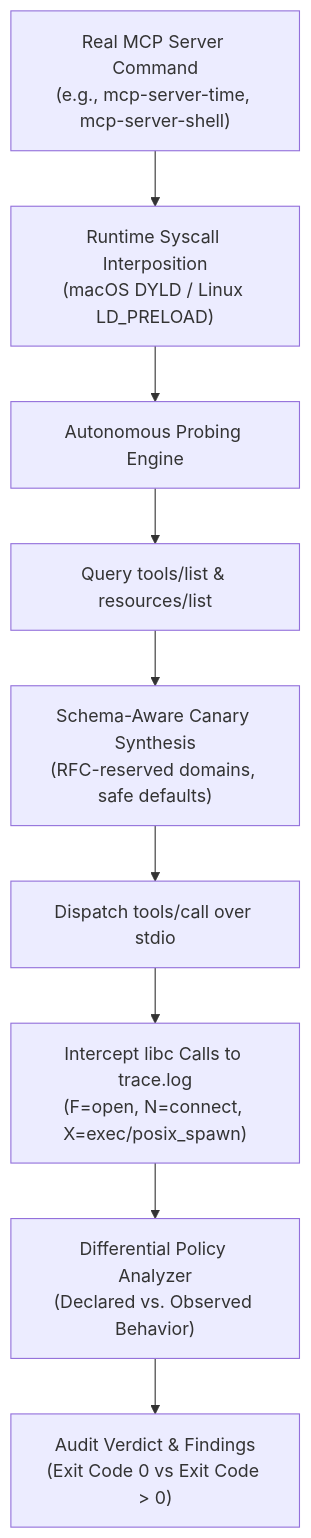
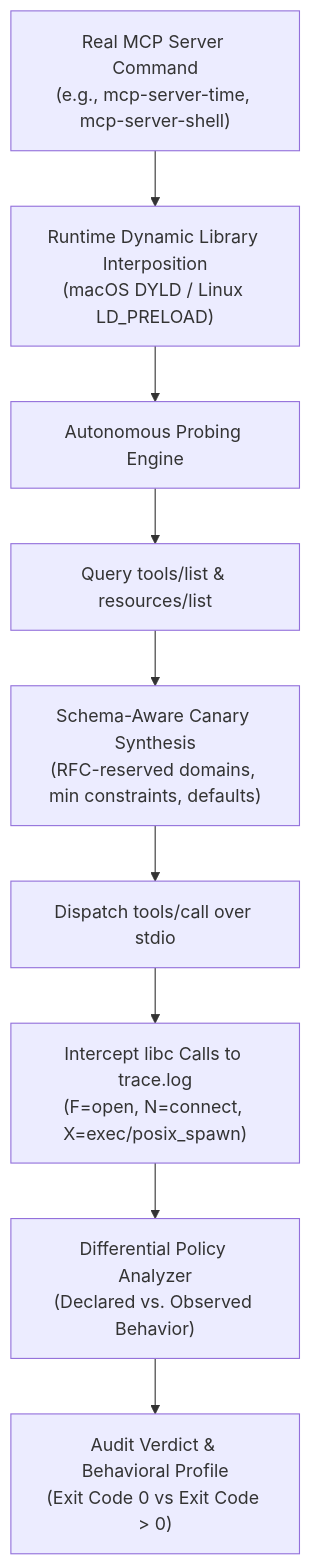
The diagram in docs/auditing-mcp-servers-with-mcp-behave.md (navid72m/vps-mcp), drawn with Mermaid before and after one commit. The commit also changed other lines of this file, not shown here.

Commit message:
docs: tighten MCP audit article with peer-review feedback

````diff
--- a/docs/auditing-mcp-servers-with-mcp-behave.md
+++ b/docs/auditing-mcp-servers-with-mcp-behave.md
@@ -82,11 +65,11 @@
 ```mermaid
 flowchart TD
-    CMD["Real MCP Server Command<br/>(e.g., mcp-server-time, mcp-server-shell)"] --> INJECT["Runtime Syscall Interposition<br/>(macOS DYLD / Linux LD_PRELOAD)"]
+    CMD["Real MCP Server Command<br/>(e.g., mcp-server-time, mcp-server-shell)"] --> INJECT["Runtime Dynamic Library Interposition<br/>(macOS DYLD / Linux LD_PRELOAD)"]
     INJECT --> ENGINE["Autonomous Probing Engine"]
     ENGINE --> DISCOVER["Query tools/list & resources/list"]
-    DISCOVER --> SYNTH["Schema-Aware Canary Synthesis<br/>(RFC-reserved domains, safe defaults)"]
+    DISCOVER --> SYNTH["Schema-Aware Canary Synthesis<br/>(RFC-reserved domains, min constraints, defaults)"]
     SYNTH --> EXERCISE["Dispatch tools/call over stdio"]
     EXERCISE --> SINK["Intercept libc Calls to trace.log<br/>(F=open, N=connect, X=exec/posix_spawn)"]
     SINK --> ANALYZE["Differential Policy Analyzer<br/>(Declared vs. Observed Behavior)"]
-    ANALYZE --> REPORT["Audit Verdict & Findings<br/>(Exit Code 0 vs Exit Code > 0)"]
+    ANALYZE --> REPORT["Audit Verdict & Behavioral Profile<br/>(Exit Code 0 vs Exit Code > 0)"]
 ```
````
